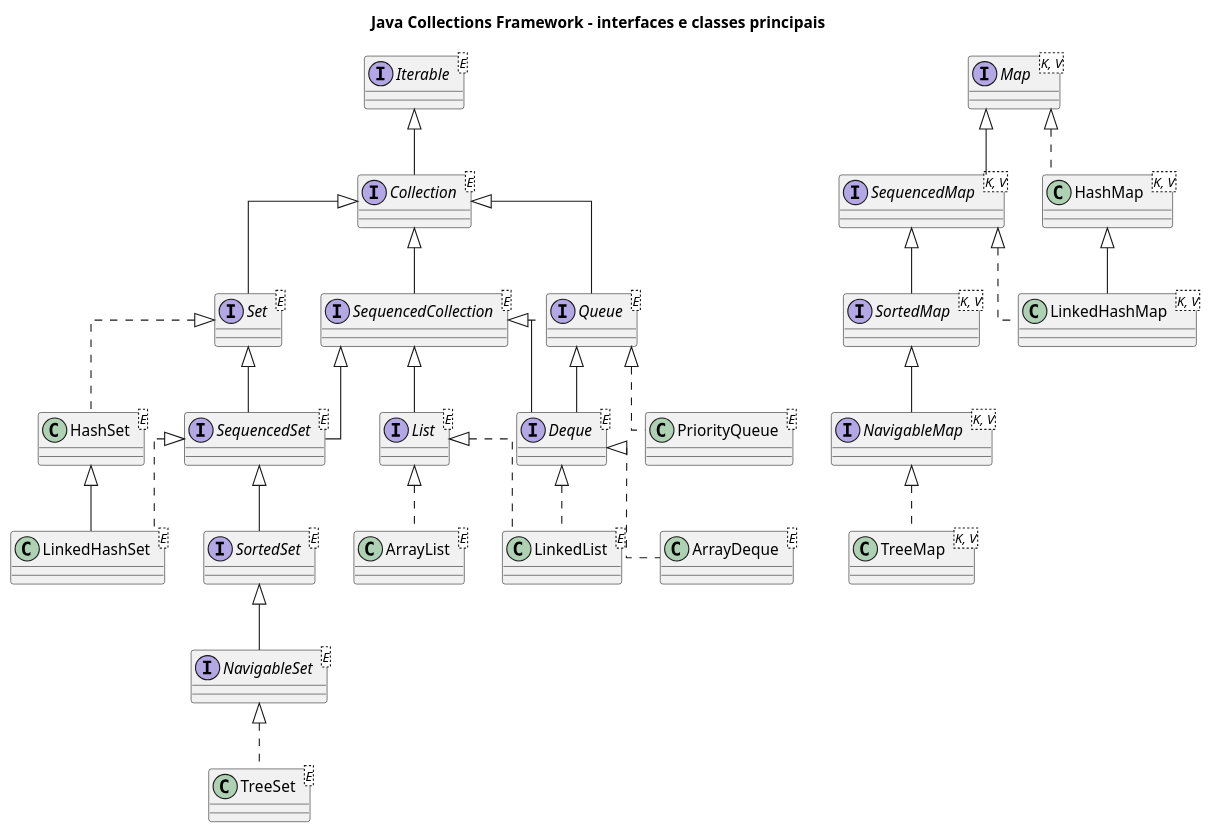
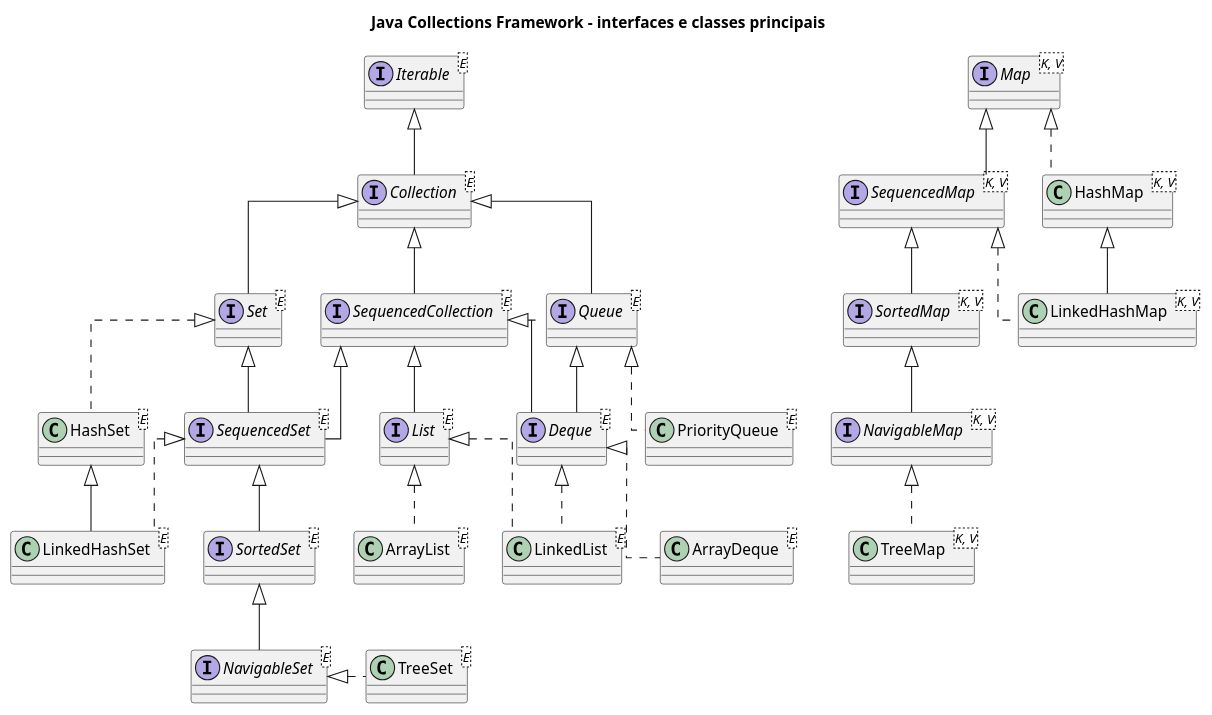
The diagram in subjects/poo/code/11-classes.puml (fabriciosantana/idp-marp-slides), drawn with PlantUML before and after one commit. The commit also changed 1 other file, not shown here.

```diff
--- a/subjects/poo/code/11-classes.puml
+++ b/subjects/poo/code/11-classes.puml
@@ -1,75 +1,75 @@
 @startuml
 title Java Collections Framework - interfaces e classes principais
 
 skinparam classAttributeIconSize 0
 skinparam linetype ortho
 
 interface Iterable<E>
 interface Collection<E>
 interface SequencedCollection<E>
 
 interface List<E>
 interface Set<E>
 interface SequencedSet<E>
 interface SortedSet<E>
 interface NavigableSet<E>
 
 interface Queue<E>
 interface Deque<E>
 
 interface Map<K, V>
 interface SequencedMap<K, V>
 interface SortedMap<K, V>
 interface NavigableMap<K, V>
 
 class ArrayList<E>
 class LinkedList<E>
 
 class HashSet<E>
 class LinkedHashSet<E>
 class TreeSet<E>
 
 class PriorityQueue<E>
 class ArrayDeque<E>
 
 class HashMap<K, V>
 class LinkedHashMap<K, V>
 class TreeMap<K, V>
 
 Iterable <|-- Collection
 
 Collection <|-- SequencedCollection
 SequencedCollection <|-- List
 
 Collection <|-- Set
 Set <|-- SequencedSet
 SequencedCollection <|-- SequencedSet
 SequencedSet <|-- SortedSet
 SortedSet <|-- NavigableSet
 
 Collection <|-- Queue
 Queue <|-- Deque
 SequencedCollection <|-- Deque
 
 Map <|-- SequencedMap
 SequencedMap <|-- SortedMap
 SortedMap <|-- NavigableMap
 
 List <|.. ArrayList
 List <|.. LinkedList
 Deque <|.. LinkedList
 
 Set <|.. HashSet
 SequencedSet <|.. LinkedHashSet
 HashSet <|-- LinkedHashSet
-NavigableSet <|.. TreeSet
+NavigableSet <|.right. TreeSet
 
 Queue <|.. PriorityQueue
 Deque <|.. ArrayDeque
 
 Map <|.. HashMap
 SequencedMap <|.. LinkedHashMap
 HashMap <|-- LinkedHashMap
 NavigableMap <|.. TreeMap
 
 @enduml
```
